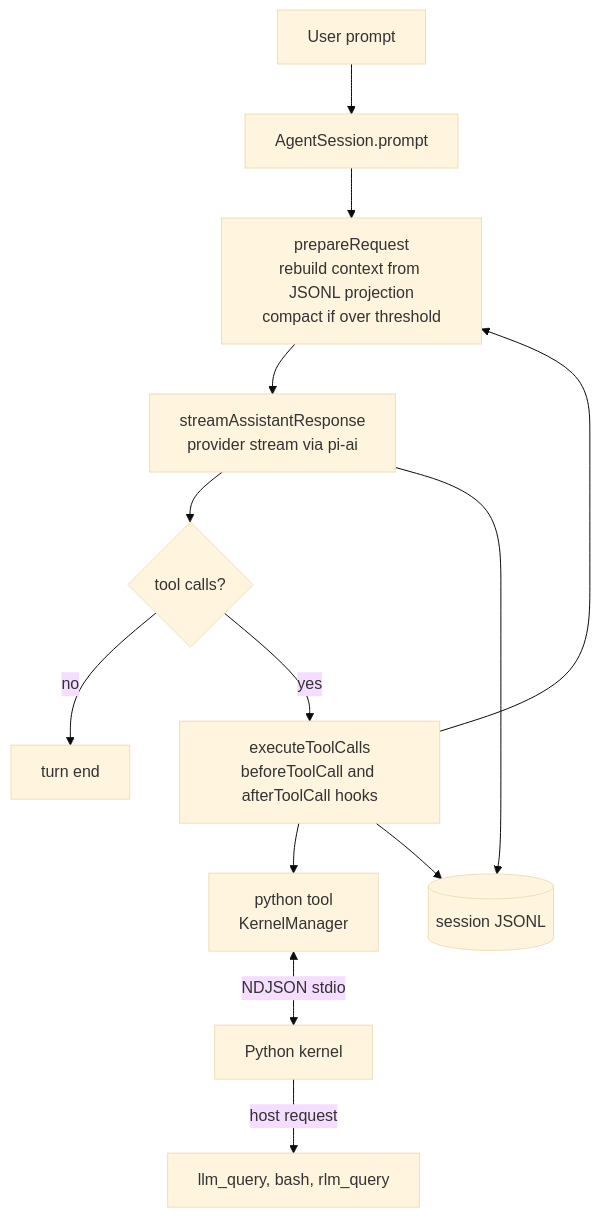
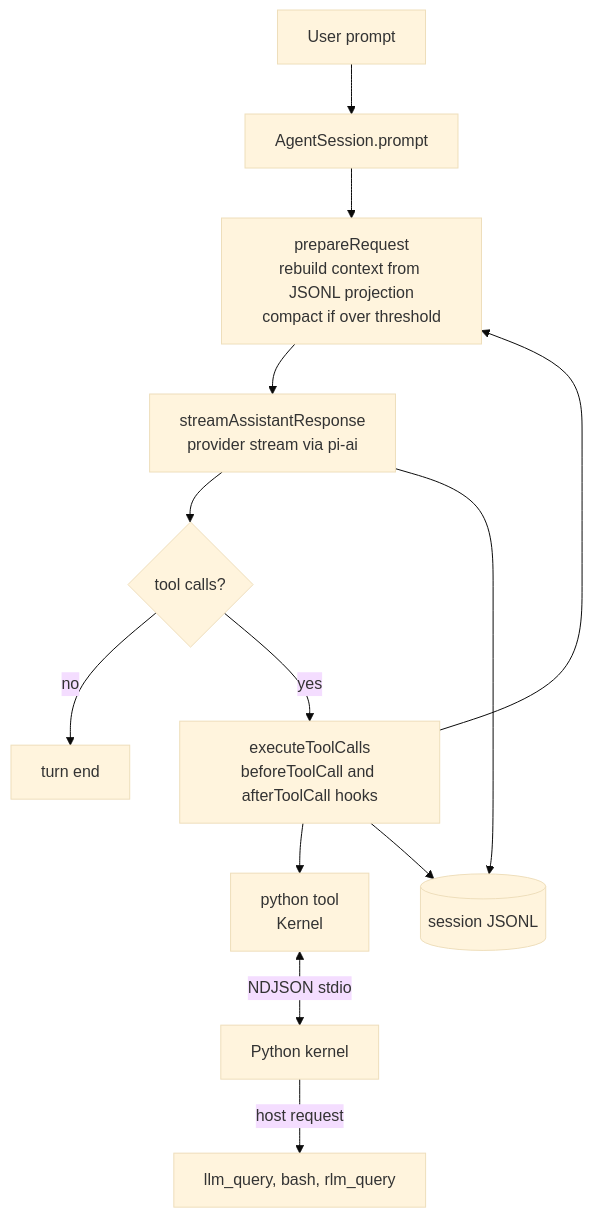
The diagram in docs/ARCHITECTURE.md (mr-jones123/raga), drawn with Mermaid (base theme) before and after one commit. The commit also changed other lines of this file and 13 other files, not shown here.

First line of the commit message:
feat(rlm): add the Python kernel and the TypeScript Kernel host

````diff
--- a/docs/ARCHITECTURE.md
+++ b/docs/ARCHITECTURE.md
@@ -35,15 +35,15 @@
 ```mermaid
 flowchart TD
 	U[User prompt] --> S[AgentSession.prompt]
 	S --> P[prepareRequest<br/>rebuild context from JSONL projection<br/>compact if over threshold]
 	P --> M[streamAssistantResponse<br/>provider stream via pi-ai]
 	M --> T{tool calls?}
 	T -- no --> E[turn end]
 	T -- yes --> X[executeToolCalls<br/>beforeToolCall and afterToolCall hooks]
-	X --> K[python tool<br/>KernelManager]
+	X --> K[python tool<br/>Kernel]
 	K <-->|NDJSON stdio| PY[Python kernel]
 	PY -->|host request| H[llm_query, bash, rlm_query]
 	X --> P
 	M --> J[(session JSONL)]
 	X --> J
 ```
````
